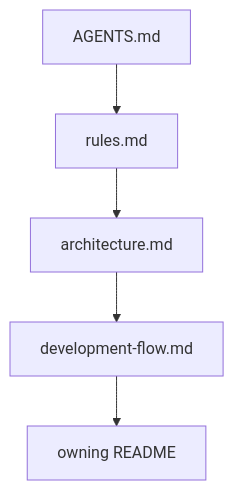
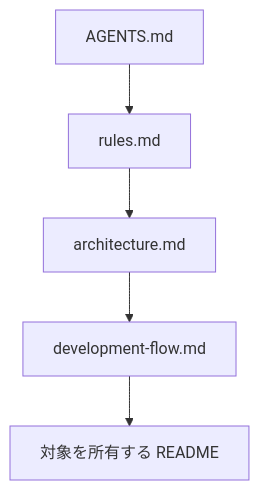
Before and after one commit to Tomy-ch/go-boilerplate: the third of 7 diagrams in docs/index.md, drawn with Mermaid. The commit also changed other lines of this file and 970 other files, not shown here.

````diff
--- a/docs/index.md
+++ b/docs/index.md
@@ -65,4 +65,4 @@
 ```mermaid
 flowchart TB
-    A["AGENTS.md"] --> B["rules.md"] --> C["architecture.md"] --> D["development-flow.md"] --> E["owning README"]
+    A["AGENTS.md"] --> B["rules.md"] --> C["architecture.md"] --> D["development-flow.md"] --> E["対象を所有する README"]
 ```
````
